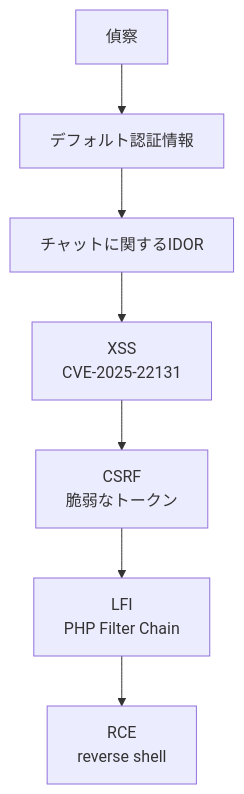
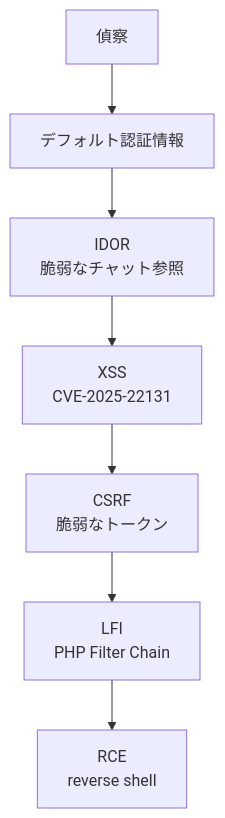
The first of 3 diagrams in articles/htb_guardian_writeup.md (hanacus87/zenn-docs), drawn with Mermaid before and after one commit. The commit also changed other lines of this file, not shown here.

Commit message:
リバースシェルの説明追記

````diff
--- a/articles/htb_guardian_writeup.md
+++ b/articles/htb_guardian_writeup.md
@@ -30,9 +30,9 @@
 ```mermaid
 flowchart TD
     A[偵察] --> B[デフォルト認証情報]
-    B --> C[チャットに関するIDOR]
-    C --> D[XSS <br/> CVE-2025-22131]
+    B --> C[IDOR<br/>脆弱なチャット参照]
+    C --> D[XSS<br/>CVE-2025-22131]
     D --> E[CSRF<br/>脆弱なトークン]
-    E --> F[LFI <br/> PHP Filter Chain]
-    F --> G[RCE <br/> reverse shell]
+    E --> F[LFI<br/>PHP Filter Chain]
+    F --> G[RCE<br/>reverse shell]
 ```
````
